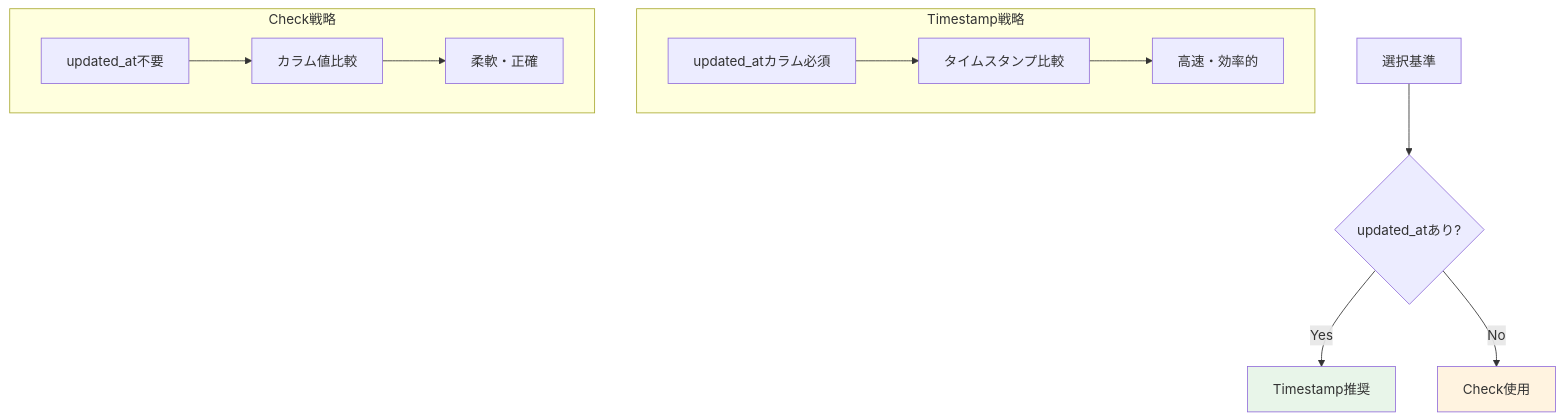
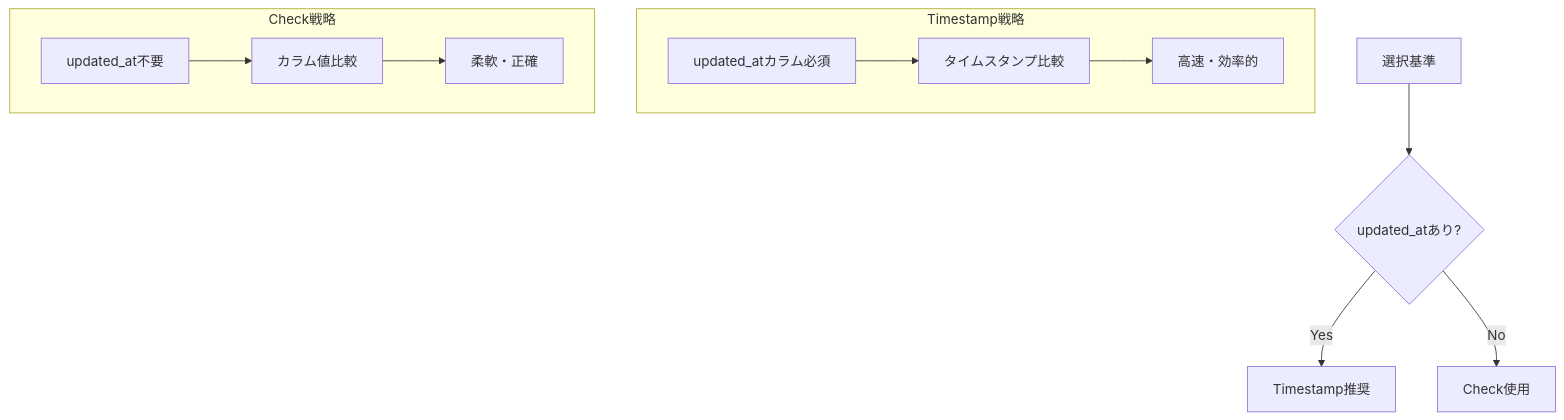
Before and after one commit to 1210yuichi0/1210yuichi0.github.io: the fourth of 14 diagrams in content/Tech/dbt/categories/snapshot-config.md, drawn with Mermaid. The commit also changed other lines of this file and 22 other files, not shown here.

First line of the commit message:
style: remove Mermaid style directives for dark mode compatibility

````diff
--- a/content/Tech/dbt/categories/snapshot-config.md
+++ b/content/Tech/dbt/categories/snapshot-config.md
@@ -340,19 +331,17 @@
 ```mermaid
 graph TB
     subgraph Timestamp戦略
     A[updated_atカラム必須] --> B[タイムスタンプ比較]
     B --> C[高速・効率的]
     end
 
     subgraph Check戦略
     D[updated_at不要] --> E[カラム値比較]
     E --> F[柔軟・正確]
     end
 
     G[選択基準] --> H{updated_atあり?}
     H -->|Yes| I[Timestamp推奨]
     H -->|No| J[Check使用]
 
-    style I fill:#e8f5e9
-    style J fill:#fff3e0
 ```
````
